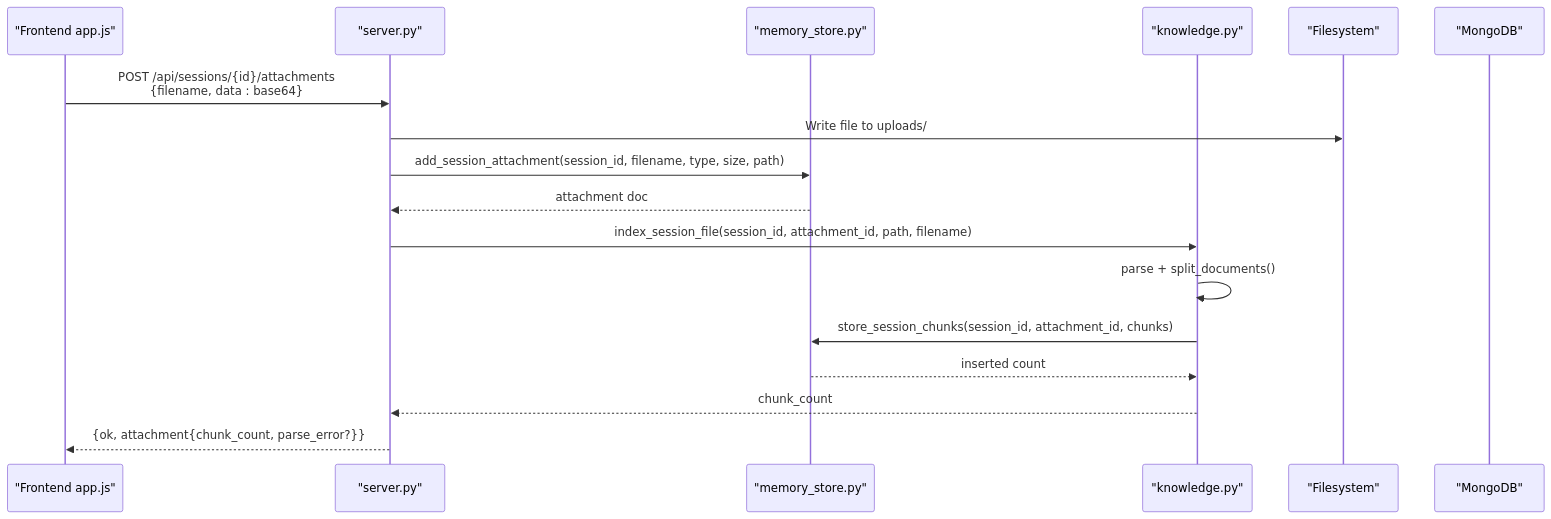
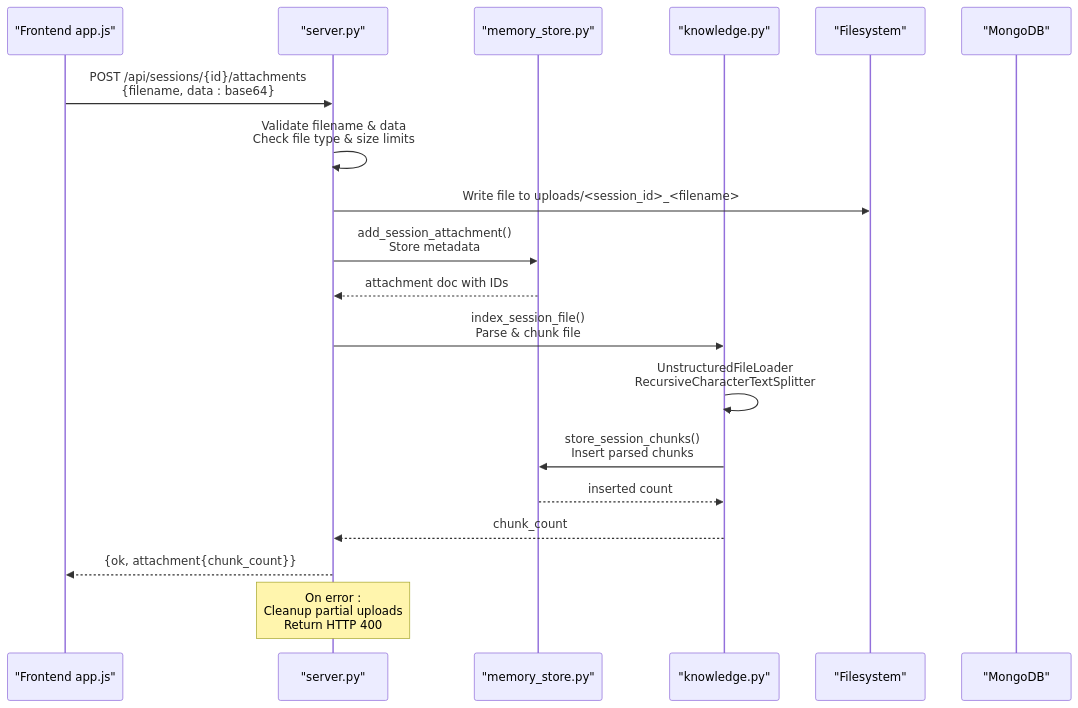
The second of 7 diagrams in .qoder/repowiki/en/content/Backend Components/Memory Management and Persistence/Attachment and File Management.md (Sovetsky-Soyuz/AI-Assistant), drawn with Mermaid before and after one commit. The commit also changed other lines of this file and 14 other files, not shown here.

````diff
--- a/.qoder/repowiki/en/content/Backend Components/Memory Management and Persistence/Attachment and File Management.md
+++ b/.qoder/repowiki/en/content/Backend Components/Memory Management and Persistence/Attachment and File Management.md
@@ -91,19 +90,21 @@
 ```mermaid
 sequenceDiagram
 participant FE as "Frontend app.js"
 participant SV as "server.py"
 participant MS as "memory_store.py"
 participant KG as "knowledge.py"
 participant FS as "Filesystem"
 participant DB as "MongoDB"
 FE->>SV : POST /api/sessions/{id}/attachments<br/>{filename, data : base64}
-SV->>FS : Write file to uploads/
-SV->>MS : add_session_attachment(session_id, filename, type, size, path)
-MS-->>SV : attachment doc
-SV->>KG : index_session_file(session_id, attachment_id, path, filename)
-KG->>KG : parse + split_documents()
-KG->>MS : store_session_chunks(session_id, attachment_id, chunks)
+SV->>SV : Validate filename & data<br/>Check file type & size limits
+SV->>FS : Write file to uploads/<session_id>_<filename>
+SV->>MS : add_session_attachment()<br/>Store metadata
+MS-->>SV : attachment doc with IDs
+SV->>KG : index_session_file()<br/>Parse & chunk file
+KG->>KG : UnstructuredFileLoader<br/>RecursiveCharacterTextSplitter
+KG->>MS : store_session_chunks()<br/>Insert parsed chunks
 MS-->>KG : inserted count
 KG-->>SV : chunk_count
-SV-->>FE : {ok, attachment{chunk_count, parse_error?}}
+SV-->>FE : {ok, attachment{chunk_count}}
+Note over SV : On error : <br/>Cleanup partial uploads<br/>Return HTTP 400
 ```
````
